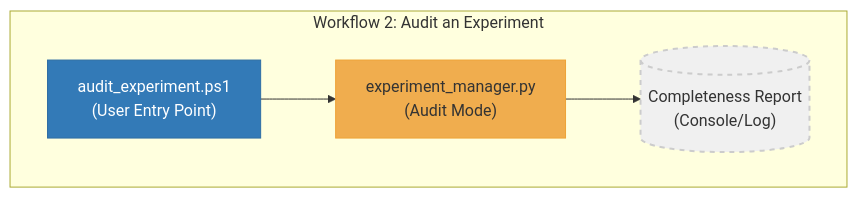
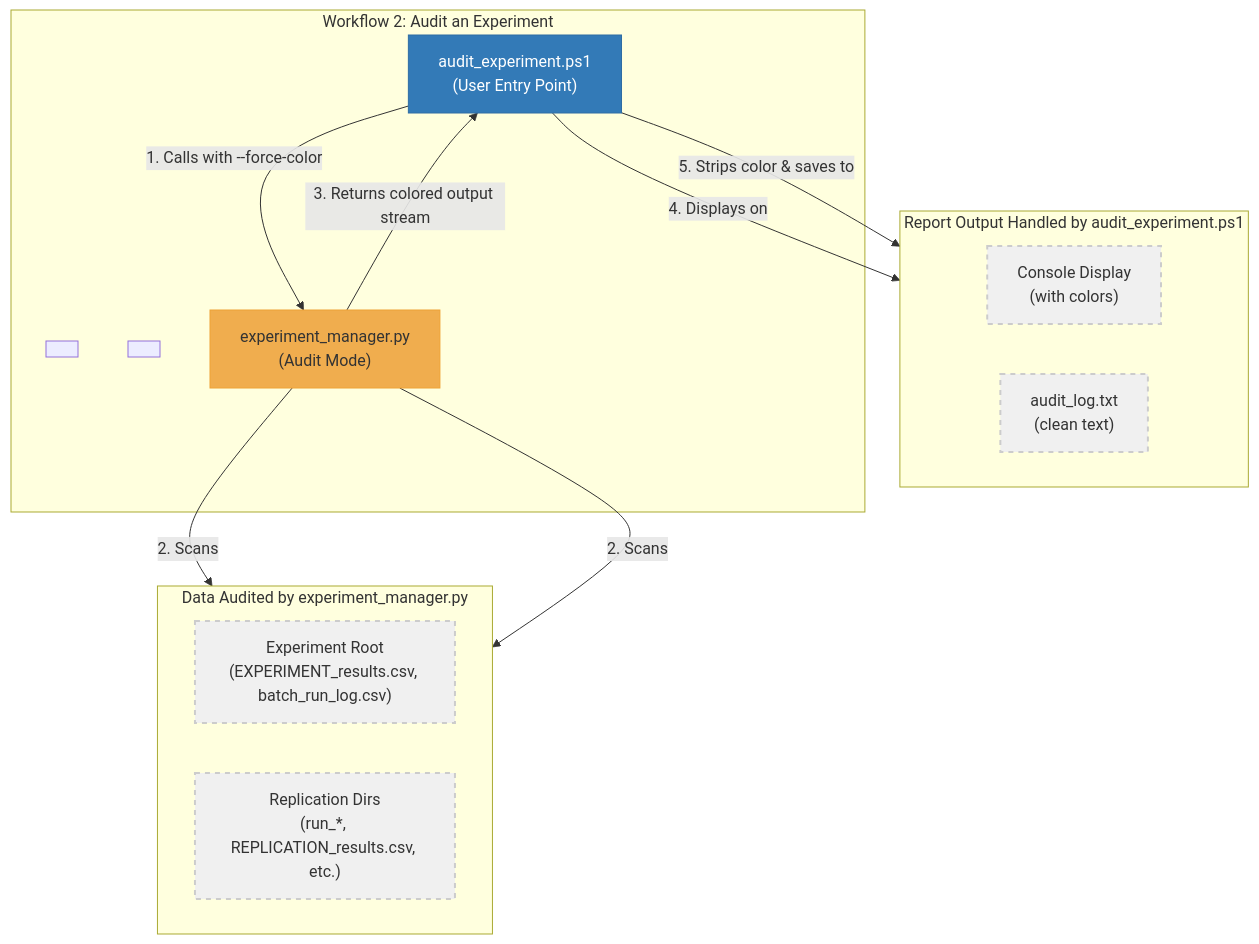
One commit to peterjmarko/llm-narrative-framework changed the diagram in docs/diagrams/architecture_workflow_2_audit_experiment.mmd. Above: the diagram before and after it, drawn with Mermaid. The commit also changed 3 other files, not shown here.

First line of the commit message:
fix(audit): complete audit logic and improve report readability

```diff
--- a/docs/diagrams/architecture_workflow_2_audit_experiment.mmd
+++ b/docs/diagrams/architecture_workflow_2_audit_experiment.mmd
@@ -1,22 +1,45 @@
 graph TD
-    %% 1. Define all nodes first
+    %% 1. Define all nodes first, including new ones for detail
     EntryPointAudit["audit_experiment.ps1<br/>(User Entry Point)"]:::entry
     AuditManager["experiment_manager.py<br/>(Audit Mode)"]:::layer_orange
-    AuditOutput[("Completeness Report<br/>(Console/Log)")]:::artifact
 
-    %% 2. Define connections
-    EntryPointAudit --> AuditManager
-    AuditManager --> AuditOutput
+    subgraph "Data Audited by experiment_manager.py"
+        direction LR
+        ExperimentRoot["Experiment Root<br/>(EXPERIMENT_results.csv, batch_run_log.csv)"]:::artifact
+        ReplicationDirs["Replication Dirs<br/>(run_*, REPLICATION_results.csv, etc.)"]:::artifact
+    end
 
-    %% 3. Group nodes into subgraphs
+    subgraph "Report Output Handled by audit_experiment.ps1"
+        direction LR
+        ConsoleOut["Console Display<br/>(with colors)"]:::artifact
+        LogFile["audit_log.txt<br/>(clean text)"]:::artifact
+    end
+
+    %% 2. Define connections to show the detailed flow
+    EntryPointAudit -- "1. Calls with --force-color" --> AuditManager
+    AuditManager -- "2. Scans" --> ExperimentRoot
+    AuditManager -- "2. Scans" --> ReplicationDirs
+    AuditManager -- "3. Returns colored output stream" --> EntryPointAudit
+    EntryPointAudit -- "4. Displays on" --> ConsoleOut
+    EntryPointAudit -- "5. Strips color & saves to" --> LogFile
+
+    %% 3. Group main components
     subgraph "Workflow 2: Audit an Experiment"
-        direction LR
         EntryPointAudit
         AuditManager
-        AuditOutput
+        subgraph " "
+           direction TB
+            ExperimentRoot
+            ReplicationDirs
+        end
+        subgraph " "
+           direction TB
+            ConsoleOut
+            LogFile
+        end
     end
 
-    %% 4. Styling (re-using existing styles)
+    %% 4. Styling (from original script)
     classDef entry fill:#337ab7,stroke:#2e6da4,color:#fff;
     classDef layer_orange fill:#f0ad4e,stroke:#eea236,color:#333;
     classDef artifact fill:#f0f0f0,stroke:#ccc,stroke-width:2px,stroke-dasharray: 5 5;
```
